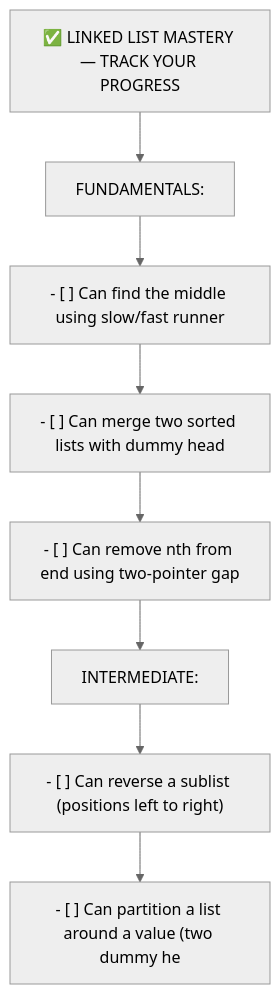
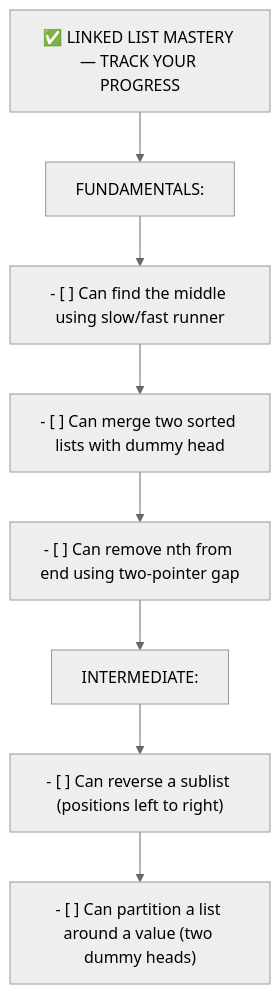
One commit to SaiHarsha502vvit/Daily-Prep changed diagram 22 of 22 in 05_Problem_Solving/15_LinkedList.md. Above: the diagram before and after it, drawn with Mermaid (neutral theme). The commit also changed other lines of this file and 371 other files, not shown here.

Commit message:
docs: refine flow blocks and readability across prep notes

````diff
--- a/05_Problem_Solving/15_LinkedList.md
+++ b/05_Problem_Solving/15_LinkedList.md
@@ -2314,18 +2137,18 @@
 ```mermaid
 flowchart TD
     N1["✅ LINKED LIST MASTERY — TRACK YOUR PROGRESS"]
     N2["FUNDAMENTALS:"]
     N3["- [ ] Can find the middle using slow/fast runner"]
     N4["- [ ] Can merge two sorted lists with dummy head"]
     N5["- [ ] Can remove nth from end using two-pointer gap"]
     N6["INTERMEDIATE:"]
     N7["- [ ] Can reverse a sublist (positions left to right)"]
-    N8["- [ ] Can partition a list around a value (two dummy he"]
+    N8["- [ ] Can partition a list around a value (two dummy heads)"]
     N1 --> N2
     N2 --> N3
     N3 --> N4
     N4 --> N5
     N5 --> N6
     N6 --> N7
     N7 --> N8
 ```
````
